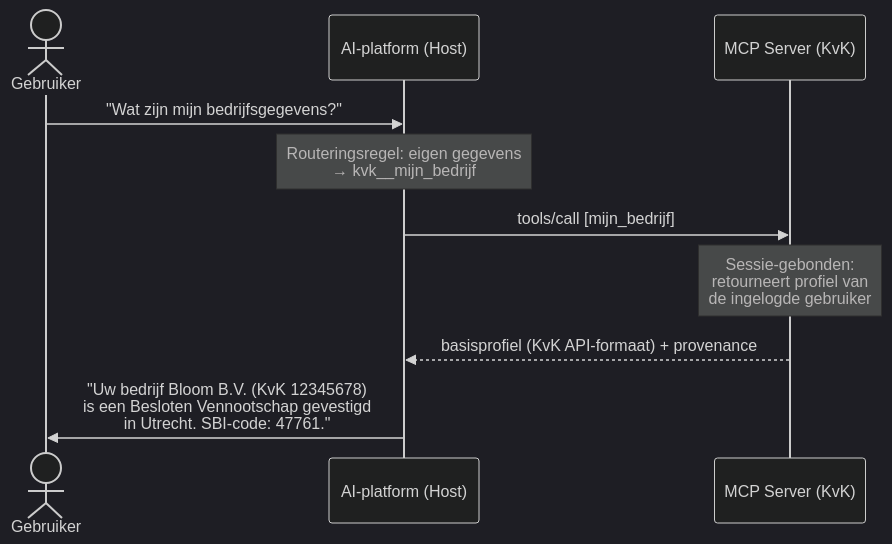
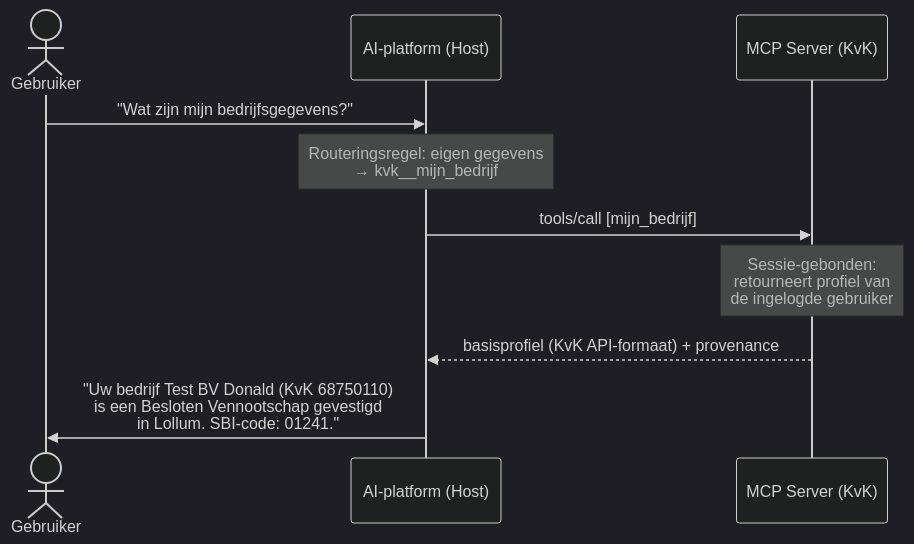
The second of 6 diagrams in mcp/README.md (MinBZK/poc-moza), drawn with Mermaid (dark theme) before and after one commit. The commit also changed other lines of this file and 6 other files, not shown here.

Commit message:
feat: use KVK-api: Bloom B.V. → Test BV Donald

````diff
--- a/mcp/README.md
+++ b/mcp/README.md
@@ -98,13 +98,13 @@
 ```mermaid
 sequenceDiagram
     actor Gebruiker
     participant Host as AI-platform (Host)
     participant KvK as MCP Server (KvK)
 
     Gebruiker->>Host: "Wat zijn mijn bedrijfsgegevens?"
     Note over Host: Routeringsregel: eigen gegevens<br/>→ kvk__mijn_bedrijf
     Host->>KvK: tools/call [mijn_bedrijf]
     Note over KvK: Sessie-gebonden:<br/>retourneert profiel van<br/>de ingelogde gebruiker
     KvK-->>Host: basisprofiel (KvK API-formaat) + provenance
-    Host->>Gebruiker: "Uw bedrijf Bloom B.V. (KvK 12345678)<br/>is een Besloten Vennootschap gevestigd<br/>in Utrecht. SBI-code: 47761."
+    Host->>Gebruiker: "Uw bedrijf Test BV Donald (KvK 68750110)<br/>is een Besloten Vennootschap gevestigd<br/>in Lollum. SBI-code: 01241."
 ```
````
